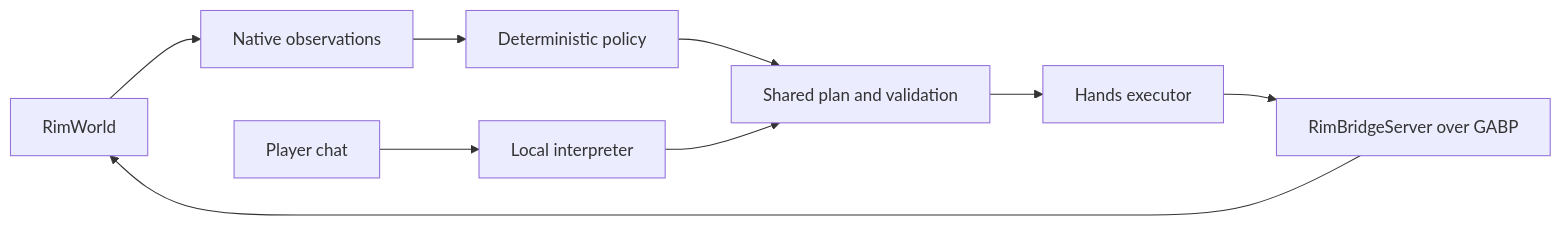
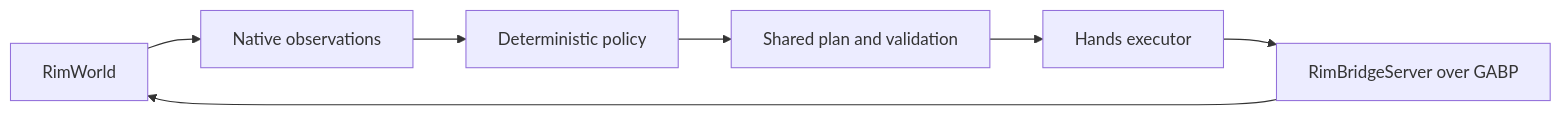
The diagram in docs/developers/architecture/overview.md (davidarcher/rimgovernor), drawn with Mermaid before and after one commit. The commit also changed other lines of this file and 40 other files, not shown here.

First line of the commit message:
Delete chat: route, interpreter, model, flags, launcher settings (#1992)

````diff
--- a/docs/developers/architecture/overview.md
+++ b/docs/developers/architecture/overview.md
@@ -9,11 +7,9 @@
 ```mermaid
 flowchart LR
     Game[RimWorld] --> Facts[Native observations]
     Facts --> Policy[Deterministic policy]
-    Chat[Player chat] --> Model[Local interpreter]
     Policy --> Plan[Shared plan and validation]
-    Model --> Plan
     Plan --> Hands[Hands executor]
     Hands --> Bridge[RimBridgeServer over GABP]
     Bridge --> Game
 ```
````
